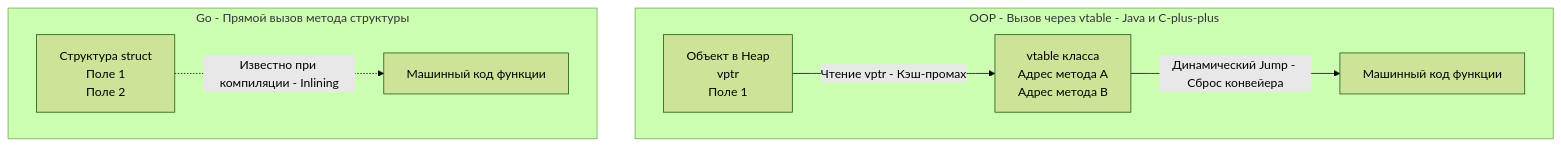
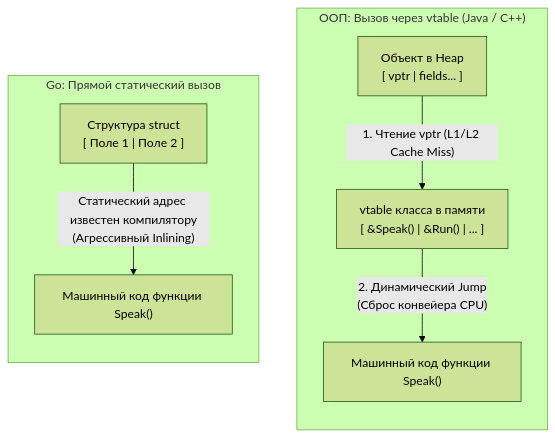
One commit to UnrealTemplier/go-textbook changed the diagram in sources/4. История и философия Go/12. Composition Over Inheritance. Почему в Go нет наследования.md. Above: the diagram before and after it, drawn with Mermaid (forest theme). The commit also changed other lines of this file, not shown here.

````diff
--- a/sources/4. История и философия Go/12. Composition Over Inheritance. Почему в Go нет наследования.md
+++ b/sources/4. История и философия Go/12. Composition Over Inheritance. Почему в Go нет наследования.md
@@ -39,10 +38,13 @@
 ```mermaid
 flowchart TD
-    subgraph OOP_VTABLE ["OOP - Вызов через vtable - Java и C-plus-plus"]
-        A["Объект в Heap<br>vptr<br>Поле 1"] -->|"Чтение vptr - Кэш-промах"| B["vtable класса<br>Адрес метода A<br>Адрес метода B"]
-        B -->|"Динамический Jump - Сброс конвейера"| C["Машинный код функции"]
+    subgraph OOP_VTABLE ["ООП: Вызов через vtable (Java / C++)"]
+        direction TB
+        A["Объект в Heap<br>[ vptr | fields... ]"] -->|"1. Чтение vptr (L1/L2 Cache Miss)"| B["vtable класса в памяти<br>[ &Speak() | &Run() | ... ]"]
+        B -->|"2. Динамический Jump<br>(Сброс конвейера CPU)"| C["Машинный код функции Speak()"]
     end
-    subgraph GO_DIRECT ["Go - Прямой вызов метода структуры"]
-        D["Структура struct<br>Поле 1<br>Поле 2"] -.->|"Известно при компиляции - Inlining"| E["Машинный код функции"]
+
+    subgraph GO_DIRECT ["Go: Прямой статический вызов"]
+        direction TB
+        D["Структура struct<br>[ Поле 1 | Поле 2 ]"] -->|"Статический адрес известен компилятору<br>(Агрессивный Inlining)"| E["Машинный код функции Speak()"]
     end
 ```
````
